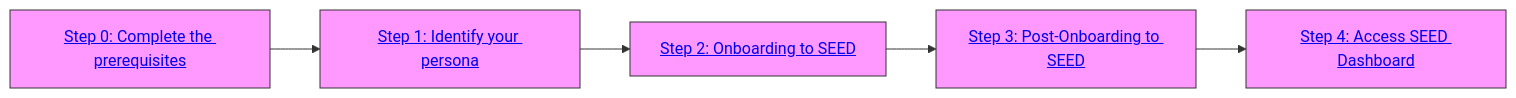
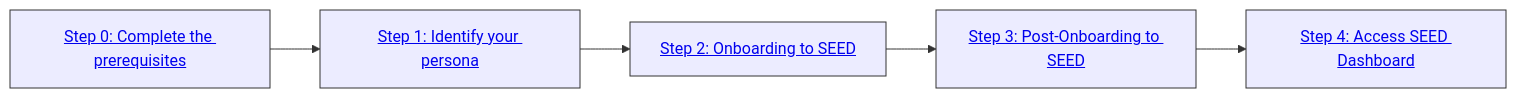
The second of 2 diagrams in getting-started.md (GovTechSG/seed-primer-documentation), drawn with Mermaid before and after one commit.

````diff
--- a/getting-started.md
+++ b/getting-started.md
@@ -18,19 +18,19 @@
 ```mermaid
 flowchart LR
-    style A fill:#f9f, stroke:#333, font-size:16px;
-    style B fill:#f9f, stroke:#333, font-size:16px;
-    style C fill:#f9f, stroke:#333, font-size:16px;
-    style D fill:#f9f, stroke:#333, font-size:16px;
-    style E fill:#f9f, stroke:#333, font-size:16px;
+    style A  stroke:#333, font-size:16px;
+    style B  stroke:#333, font-size:16px;
+    style C  stroke:#333, font-size:16px;
+    style D  stroke:#333, font-size:16px;
+    style E  stroke:#333, font-size:16px;
     
     A["<a href='https://docs.developer.tech.gov.sg/docs/staging-seed-primer/getting-started?id=step-0-ensure-you-meet-the-required-prerequisites'>Step 0: Complete the prerequisites</a>"]
     B["<a href='https://docs.developer.tech.gov.sg/docs/staging-seed-primer/getting-started?id=step-1-identify-your-onboarding-persona'>Step 1: Identify your persona</a>"]
     C["<a href='https://docs.developer.tech.gov.sg/docs/staging-seed-primer/getting-started?id=step-2-onboard-device-to-seed'>Step 2: Onboarding to SEED</a>"]
     D["<a href='https://docs.developer.tech.gov.sg/docs/staging-seed-primer/post-onboarding-steps'>Step 3: Post-Onboarding to SEED</a>"]
     E["<a href='https://docs.developer.tech.gov.sg/docs/staging-seed-primer/dashboard'>Step 4: Access SEED Dashboard</a>"]
     
     A --> B
     B --> C
     C --> D
     D --> E
 ```    
````
